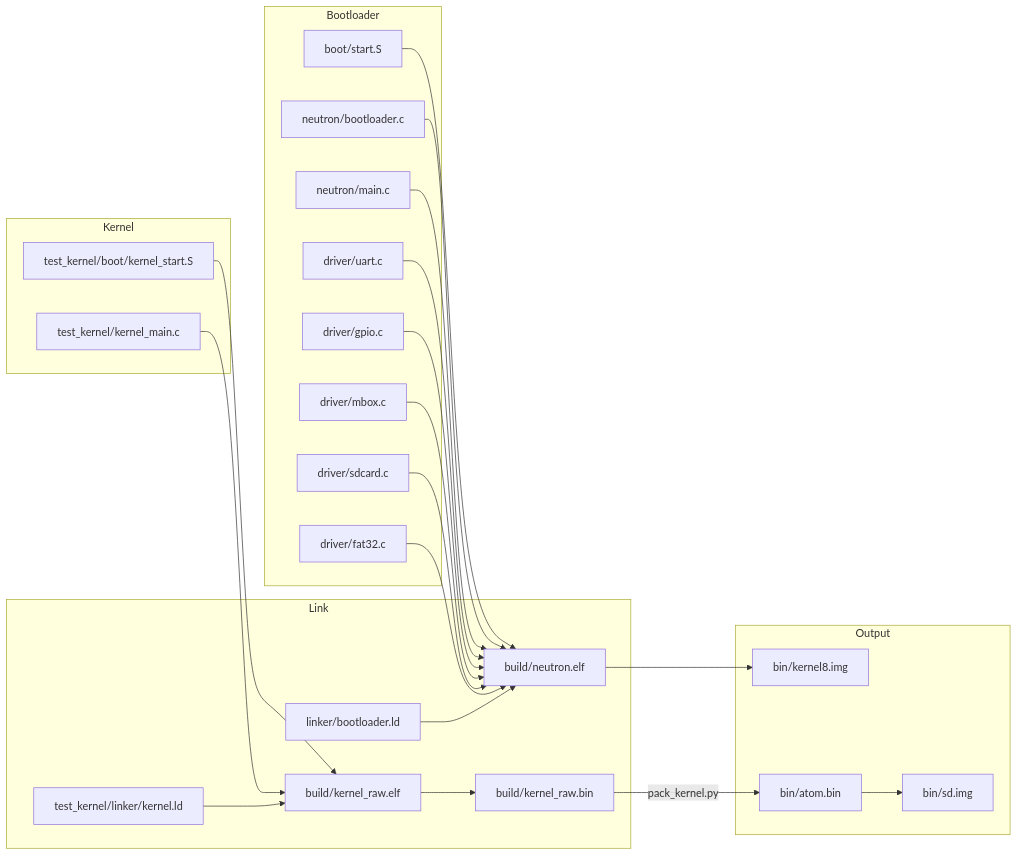
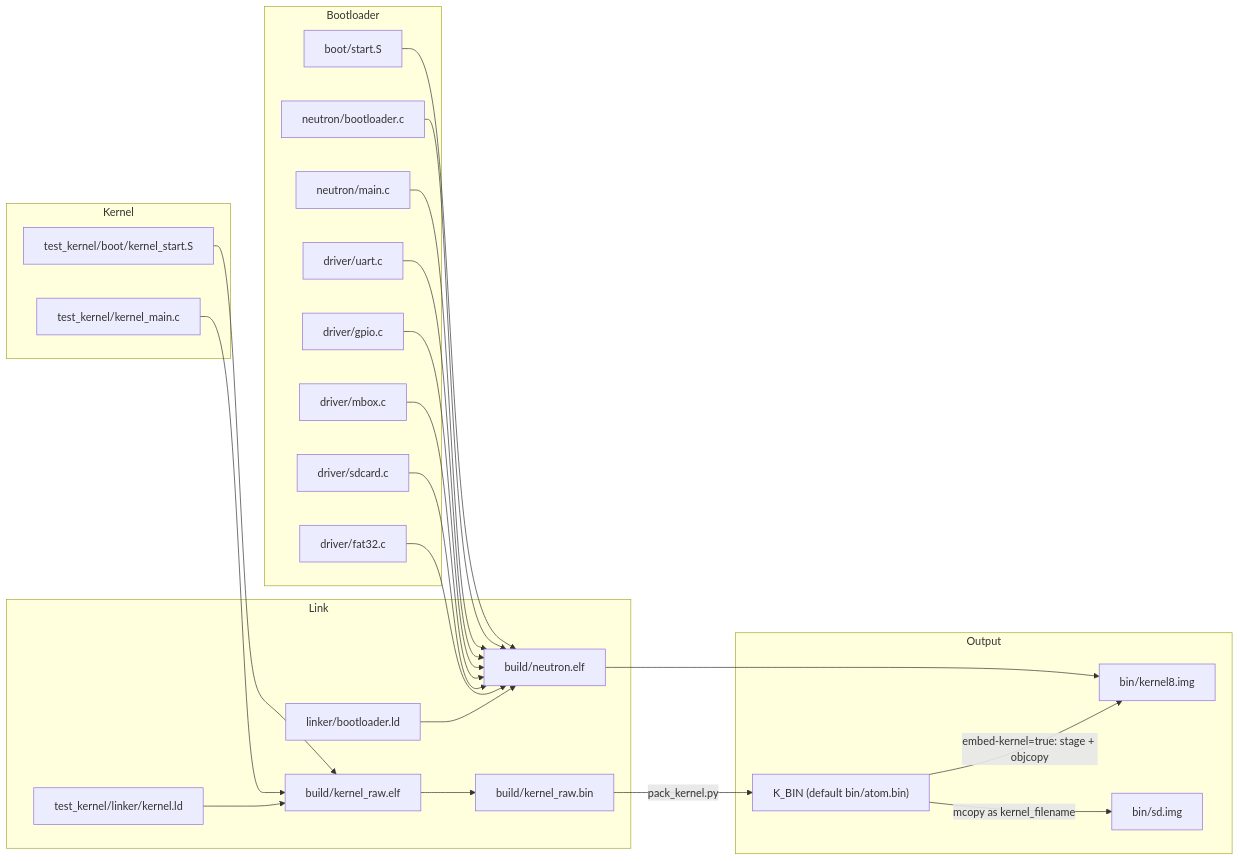
One commit to serene-brew/Neutron changed the third of 3 diagrams in ARCHITECTURE.md. Above: the diagram before and after it, drawn with Mermaid. The commit also changed other lines of this file, not shown here.

````diff
--- a/ARCHITECTURE.md
+++ b/ARCHITECTURE.md
@@ -172,47 +186,48 @@
 ```mermaid
 graph LR
     subgraph Bootloader
         AS["boot/start.S"]
         BC["neutron/bootloader.c"]
         MC["neutron/main.c"]
         UC["driver/uart.c"]
         GC["driver/gpio.c"]
         MC2["driver/mbox.c"]
         SC["driver/sdcard.c"]
         FC["driver/fat32.c"]
     end
     subgraph Kernel
         KS["test_kernel/boot/kernel_start.S"]
         KM["test_kernel/kernel_main.c"]
     end
     subgraph Link
         BLLD["linker/bootloader.ld"]
         KLLD["test_kernel/linker/kernel.ld"]
         BLE["build/neutron.elf"]
         KRE["build/kernel_raw.elf"]
         KRB["build/kernel_raw.bin"]
     end
     subgraph Output
         BLIMG["bin/kernel8.img"]
-        ATOM["bin/atom.bin"]
+        ATOM["K_BIN (default bin/atom.bin)"]
         SDIMG["bin/sd.img"]
     end
 
     AS --> BLE
     BC --> BLE
     MC --> BLE
     UC --> BLE
     GC --> BLE
     MC2 --> BLE
     SC --> BLE
     FC --> BLE
     BLLD --> BLE
     BLE --> BLIMG
 
     KS --> KRE
     KM --> KRE
     KLLD --> KRE
     KRE --> KRB
     KRB -->|pack_kernel.py| ATOM
-    ATOM --> SDIMG
+    ATOM -->|mcopy as kernel_filename| SDIMG
+    ATOM -->|embed-kernel=true: stage + objcopy| BLIMG
 ```
````
